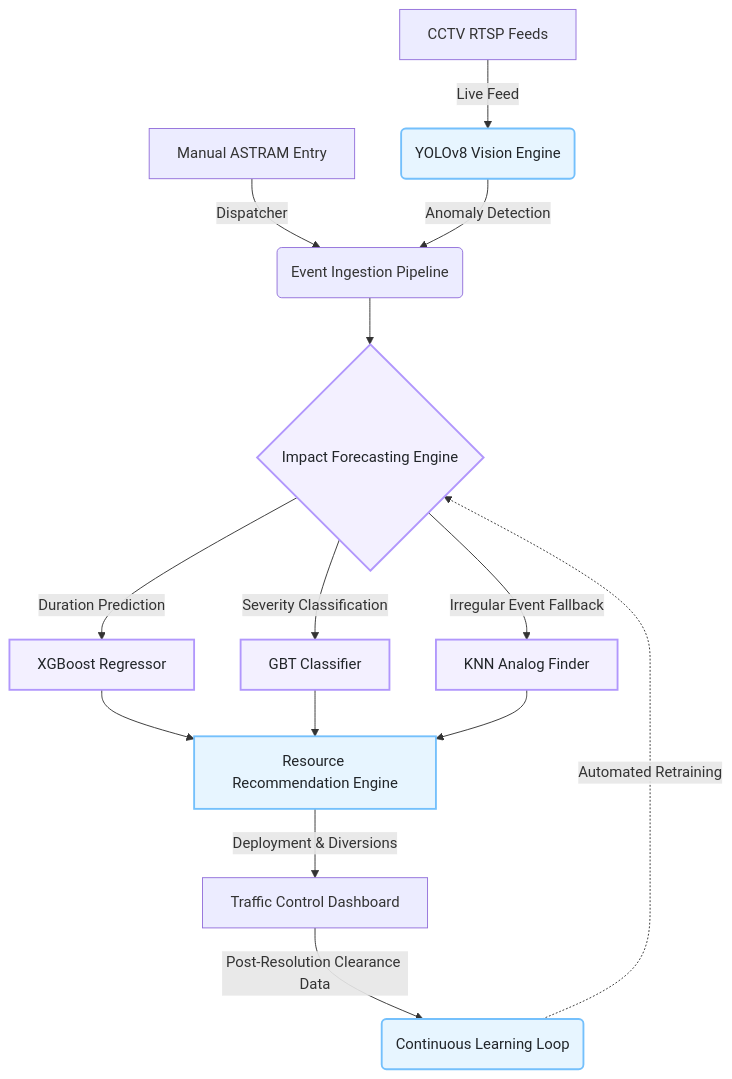
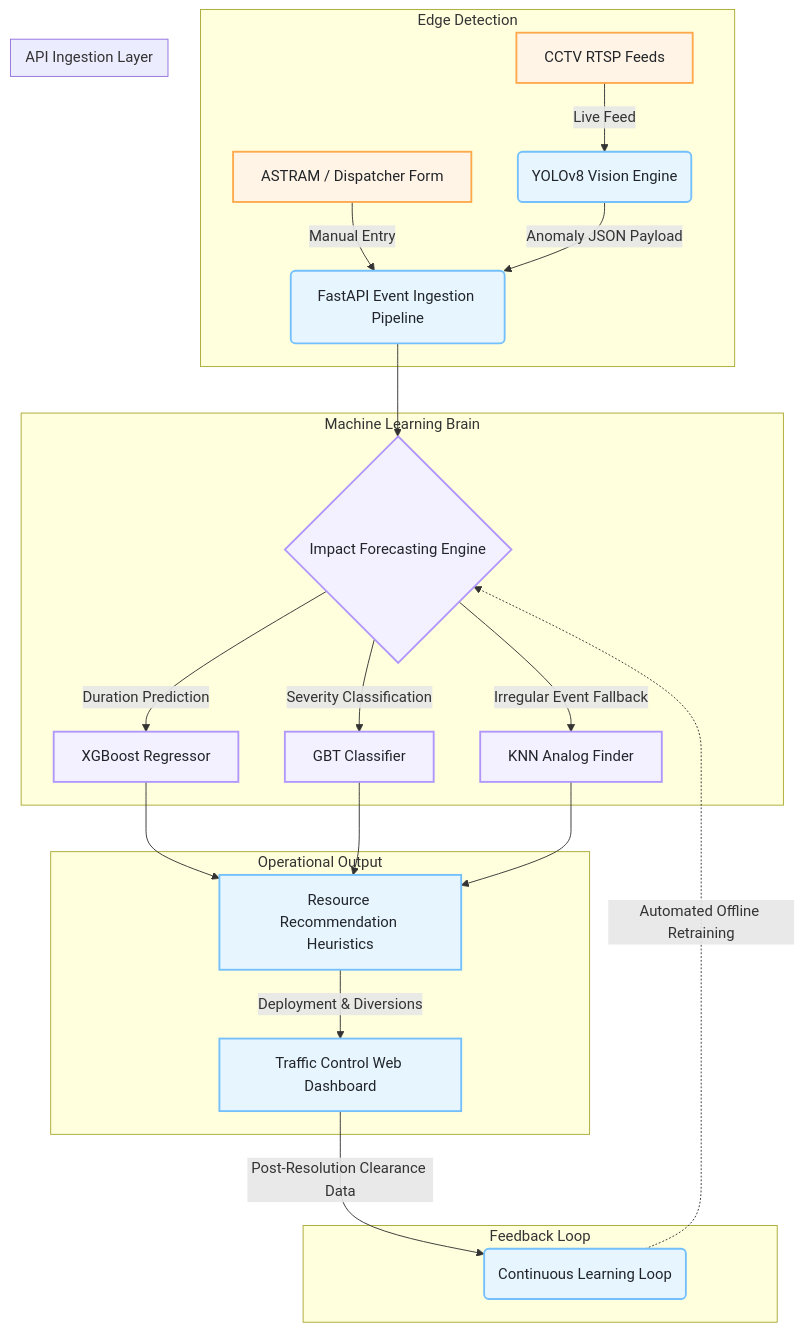
One commit to ayn-aval/Flipkart_Gridlock changed the second of 2 diagrams in README.md. Above: the diagram before and after it, drawn with Mermaid. The commit also changed other lines of this file, not shown here.

````diff
--- a/README.md
+++ b/README.md
@@ -39,26 +73,35 @@
 ```mermaid
 graph TD
     %% Define styles
     classDef core fill:#e7f5ff,stroke:#74c0fc,stroke-width:2px,color:#212529;
     classDef ml fill:#f3f0ff,stroke:#b197fc,stroke-width:2px,color:#212529;
+    classDef hardware fill:#fff4e6,stroke:#ffa94d,stroke-width:2px,color:#212529;
 
-    A[CCTV RTSP Feeds] -->|Live Feed| B(YOLOv8 Vision Engine):::core
-    A2[Manual ASTRAM Entry] -->|Dispatcher| D(Event Ingestion Pipeline)
+    subgraph Edge Detection
+    A[CCTV RTSP Feeds]:::hardware -->|Live Feed| B(YOLOv8 Vision Engine):::core
+    A2[ASTRAM / Dispatcher Form]:::hardware -->|Manual Entry| D
+    end
+
+    subgraph API Ingestion Layer
+    B -->|Anomaly JSON Payload| D(FastAPI Event Ingestion Pipeline):::core
+    end
     
-    B -->|Anomaly Detection| D
-    
+    subgraph Machine Learning Brain
     D --> E{Impact Forecasting Engine}:::ml
-    
     E -->|Duration Prediction| F[XGBoost Regressor]:::ml
     E -->|Severity Classification| G[GBT Classifier]:::ml
     E -->|Irregular Event Fallback| H[KNN Analog Finder]:::ml
+    end
 
-    F --> I[Resource Recommendation Engine]:::core
+    subgraph Operational Output
+    F --> I[Resource Recommendation Heuristics]:::core
     G --> I
     H --> I
+    I -->|Deployment & Diversions| K[Traffic Control Web Dashboard]:::core
+    end
     
-    I -->|Deployment & Diversions| K[Traffic Control Dashboard]
-    
+    subgraph Feedback Loop
     K -->|Post-Resolution Clearance Data| L(Continuous Learning Loop):::core
-    L -.->|Automated Retraining| E
+    L -.->|Automated Offline Retraining| E
+    end
 ```
````
